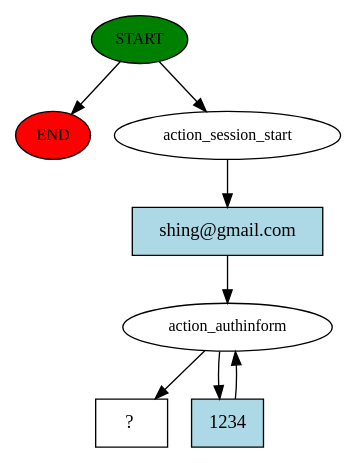
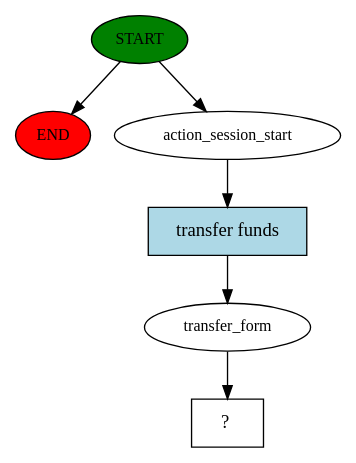
The diagram in rasa/story_graph.dot (Atharv157/RasaDjangoChatbot), drawn with Graphviz before and after one commit. The commit also changed 3 other files, not shown here.

```diff
--- a/rasa/story_graph.dot
+++ b/rasa/story_graph.dot
@@ -1,16 +1,13 @@
 digraph  {
 0 [class="start active", fillcolor=green, fontsize=12, label=START, style=filled];
 "-1" [class=end, fillcolor=red, fontsize=12, label=END, style=filled];
 1 [class=active, fontsize=12, label=action_session_start];
-2 [class=active, fontsize=12, label=action_authinform];
-4 [class="intent dashed active", label="  ?  ", shape=rect];
-5 [class="intent active", fillcolor=lightblue, label="shing@gmail.com", shape=rect, style=filled];
-6 [class="intent active", fillcolor=lightblue, label=1234, shape=rect, style=filled];
+2 [class=active, fontsize=12, label=transfer_form];
+3 [class="intent dashed active", label="  ?  ", shape=rect];
+4 [class="intent active", fillcolor=lightblue, label="transfer funds", shape=rect, style=filled];
 0 -> "-1"  [class="", key=NONE, label=""];
 0 -> 1  [class=active, key=NONE, label=""];
-1 -> 5  [class=active, key=0];
-2 -> 4  [class=active, key=NONE, label=""];
-2 -> 6  [class=active, key=0];
-5 -> 2  [class=active, key=0];
-6 -> 2  [class=active, key=0];
+1 -> 4  [class=active, key=0];
+2 -> 3  [class=active, key=NONE, label=""];
+4 -> 2  [class=active, key=0];
 }
```
